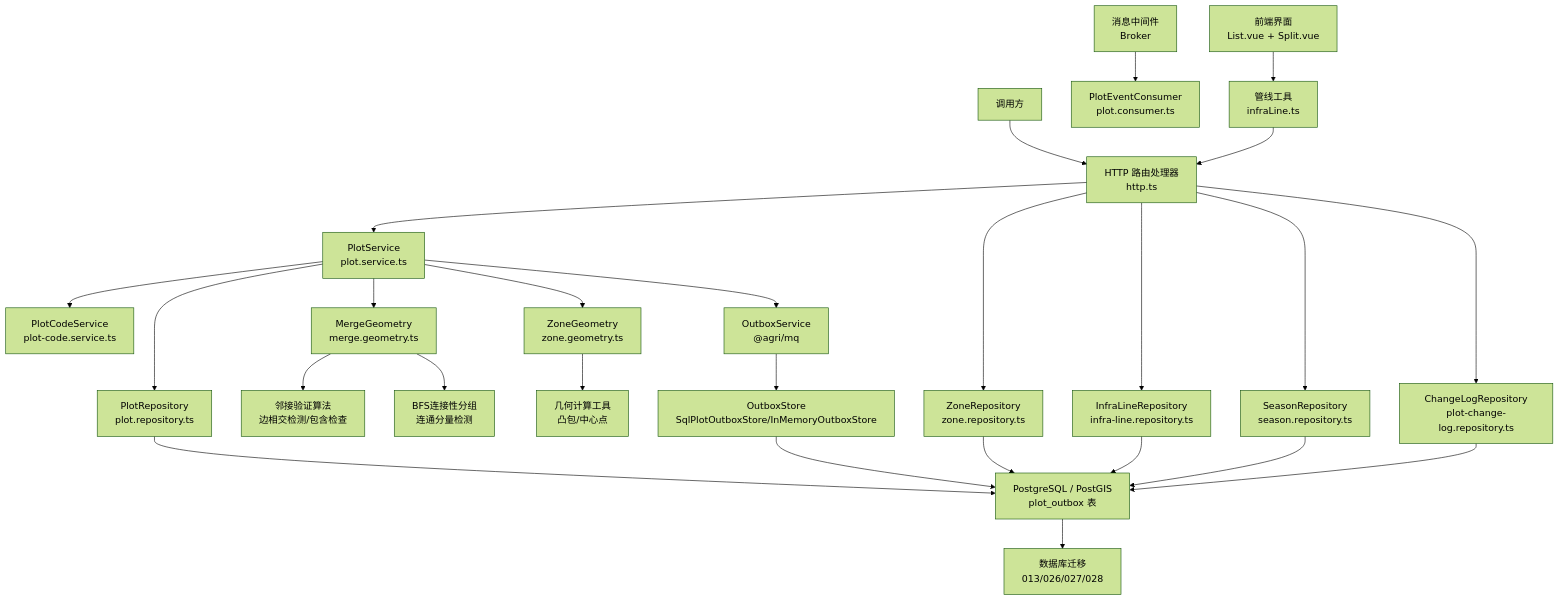
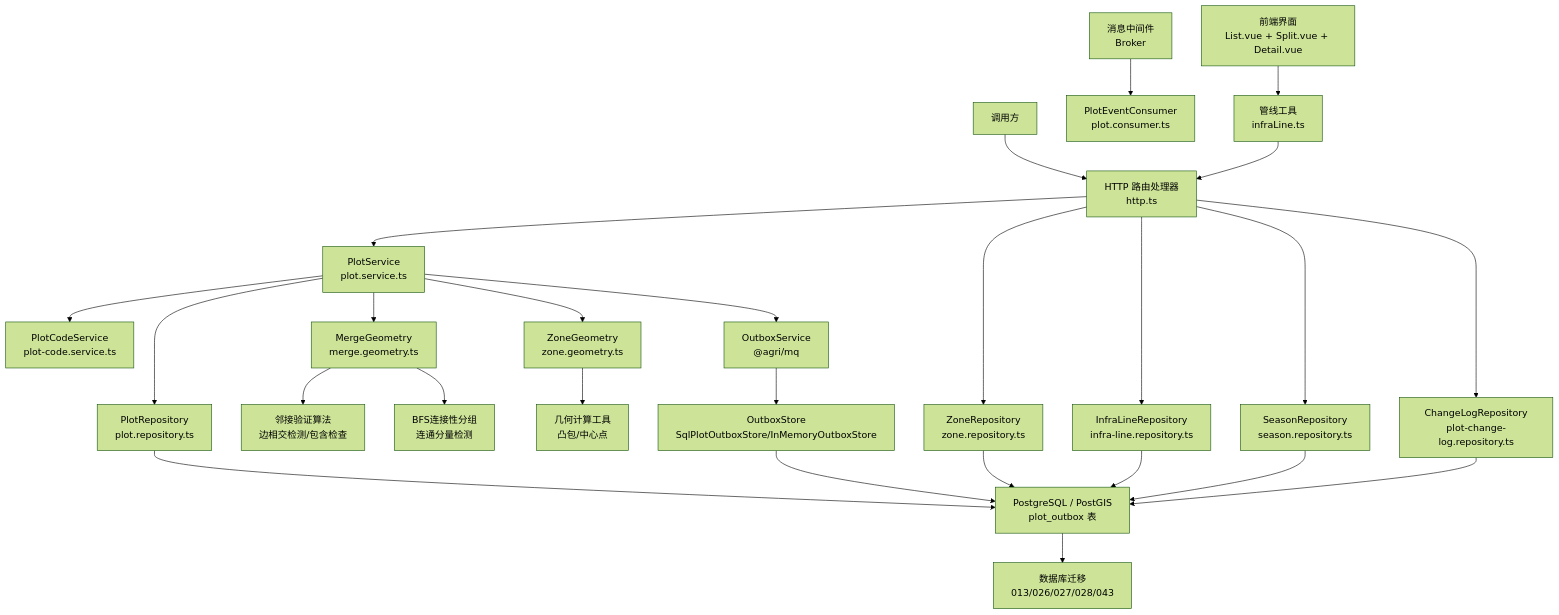
One commit to q446328246/agri-platform changed the first of 17 diagrams in .qoder/repowiki/zh/content/核心服务文档/地块管理服务.md. Above: the diagram before and after it, drawn with Mermaid (forest theme). The commit also changed other lines of this file and 6 other files, not shown here.

````diff
--- a/.qoder/repowiki/zh/content/核心服务文档/地块管理服务.md
+++ b/.qoder/repowiki/zh/content/核心服务文档/地块管理服务.md
@@ -89,28 +94,28 @@
 ```mermaid
 graph TB
 Client["调用方"] --> HTTP["HTTP 路由处理器<br/>http.ts"]
 HTTP --> Service["PlotService<br/>plot.service.ts"]
 HTTP --> ZoneRepo["ZoneRepository<br/>zone.repository.ts"]
 HTTP --> InfraLineRepo["InfraLineRepository<br/>infra-line.repository.ts"]
 HTTP --> SeasonRepo["SeasonRepository<br/>season.repository.ts"]
 HTTP --> ChangeLogRepo["ChangeLogRepository<br/>plot-change-log.repository.ts"]
 Service --> Code["PlotCodeService<br/>plot-code.service.ts"]
 Service --> Repo["PlotRepository<br/>plot.repository.ts"]
 Service --> MergeGeom["MergeGeometry<br/>merge.geometry.ts"]
 Service --> Geometry["ZoneGeometry<br/>zone.geometry.ts"]
 Service --> Outbox["OutboxService<br/>@agri/mq"]
 MergeGeom --> Adjacency["邻接验证算法<br/>边相交检测/包含检查"]
 MergeGeom --> BFS["BFS连接性分组<br/>连通分量检测"]
 Outbox --> OutboxStore["OutboxStore<br/>SqlPlotOutboxStore/InMemoryOutboxStore"]
 OutboxStore --> DB["PostgreSQL / PostGIS<br/>plot_outbox 表"]
 MQ["消息中间件<br/>Broker"] --> Consumer["PlotEventConsumer<br/>plot.consumer.ts"]
 Repo --> DB
 ZoneRepo --> DB
 InfraLineRepo --> DB
 SeasonRepo --> DB
 ChangeLogRepo --> DB
 Geometry --> Utils["几何计算工具<br/>凸包/中心点"]
-DB --> Migration["数据库迁移<br/>013/026/027/028"]
-Frontend["前端界面<br/>List.vue + Split.vue"] --> WebUtils["管线工具<br/>infraLine.ts"]
+DB --> Migration["数据库迁移<br/>013/026/027/028/043"]
+Frontend["前端界面<br/>List.vue + Split.vue + Detail.vue"] --> WebUtils["管线工具<br/>infraLine.ts"]
 WebUtils --> HTTP
 ```
````
